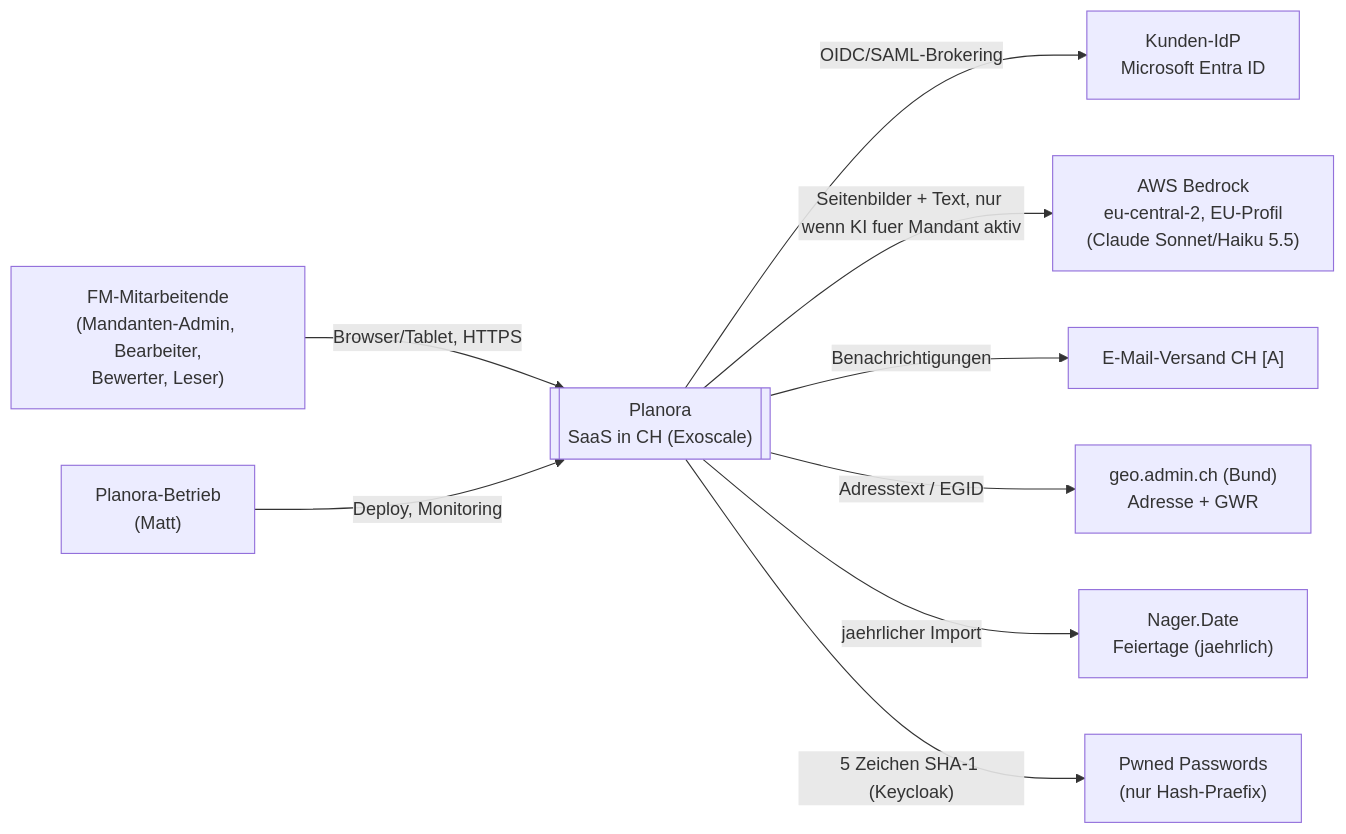
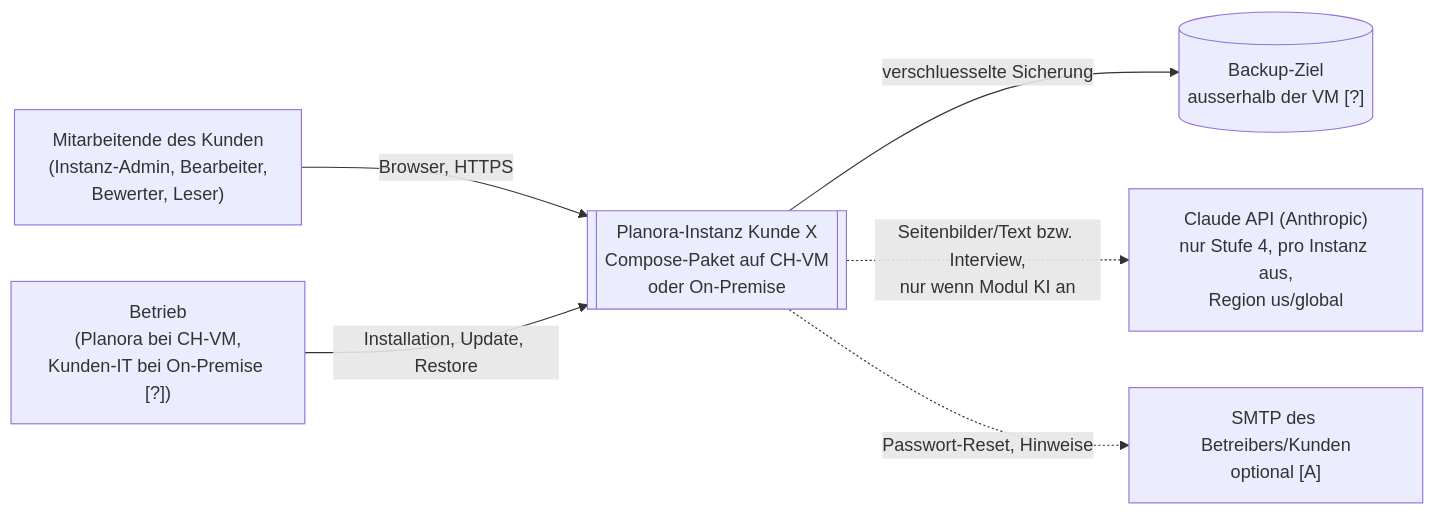
One commit to mattarge04-gif/Planora changed the first of 7 diagrams in docs/architektur/03-architektur.md. Above: the diagram before and after it, drawn with Mermaid. The commit also changed other lines of this file, not shown here.

First line of the commit message:
Welle 4 Schritt 3: 03-architektur auf B2B umgestellt (Kap. 0, 2, 3, 9, 10, 12)

````diff
--- a/docs/architektur/03-architektur.md
+++ b/docs/architektur/03-architektur.md
@@ -49,20 +73,14 @@
 ```mermaid
 flowchart LR
-  fm["FM-Mitarbeitende<br/>(Mandanten-Admin, Bearbeiter,<br/>Bewerter, Leser)"]
-  ops["Planora-Betrieb<br/>(Matt)"]
-  idp["Kunden-IdP<br/>Microsoft Entra ID"]
-  planora[["Planora<br/>SaaS in CH (Exoscale)"]]
-  bedrock["AWS Bedrock<br/>eu-central-2, EU-Profil<br/>(Claude Sonnet/Haiku 5.5)"]
-  mail["E-Mail-Versand CH [A]"]
-  geo["geo.admin.ch (Bund)<br/>Adresse + GWR"]
-  nager["Nager.Date<br/>Feiertage (jaehrlich)"]
-  hibp["Pwned Passwords<br/>(nur Hash-Praefix)"]
-  fm -- "Browser/Tablet, HTTPS" --> planora
-  ops -- "Deploy, Monitoring" --> planora
-  planora -- "OIDC/SAML-Brokering" --> idp
-  planora -- "Seitenbilder + Text, nur wenn KI fuer Mandant aktiv" --> bedrock
-  planora -- "Benachrichtigungen" --> mail
-  planora -- "Adresstext / EGID" --> geo
-  planora -- "jaehrlicher Import" --> nager
-  planora -- "5 Zeichen SHA-1 (Keycloak)" --> hibp
+  fm["Mitarbeitende des Kunden<br/>(Instanz-Admin, Bearbeiter,<br/>Bewerter, Leser)"]
+  ops["Betrieb<br/>(Planora bei CH-VM,<br/>Kunden-IT bei On-Premise [?])"]
+  planora[["Planora-Instanz Kunde X<br/>Compose-Paket auf CH-VM<br/>oder On-Premise"]]
+  backup[("Backup-Ziel<br/>ausserhalb der VM [?]")]
+  claude["Claude API (Anthropic)<br/>nur Stufe 4, pro Instanz aus,<br/>Region us/global"]
+  mail["SMTP des Betreibers/Kunden<br/>optional [A]"]
+  fm -- "Browser, HTTPS" --> planora
+  ops -- "Installation, Update, Restore" --> planora
+  planora -- "verschluesselte Sicherung" --> backup
+  planora -. "Seitenbilder/Text bzw. Interview,<br/>nur wenn Modul KI an" .-> claude
+  planora -. "Passwort-Reset, Hinweise" .-> mail
 ```
````
